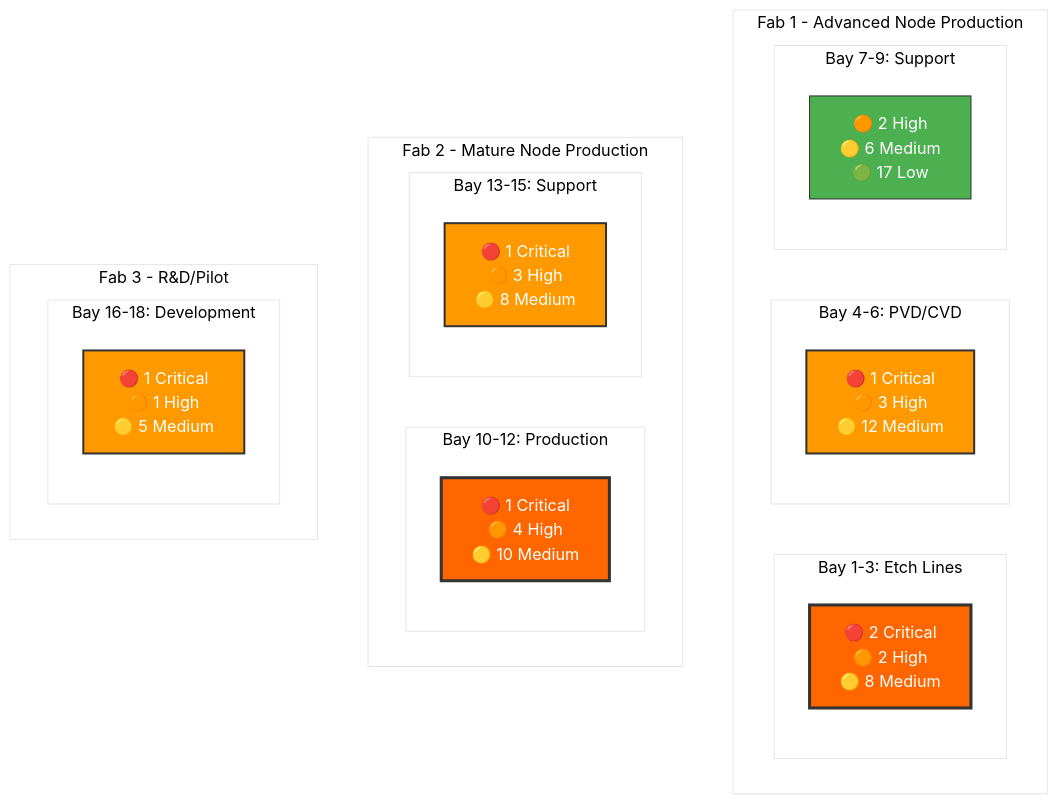
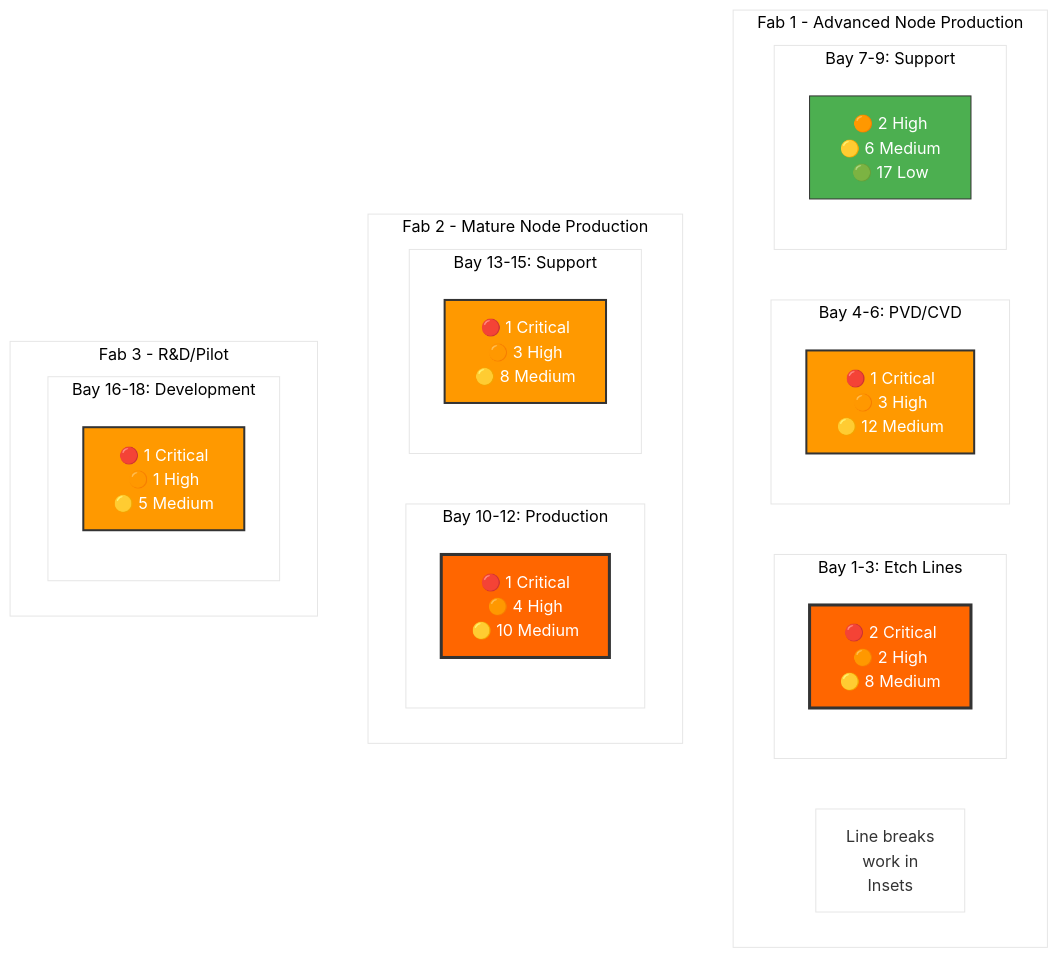
One commit to StephanieHepp/Risk-Assessment changed the third of 10 diagrams in scaled_vacuum_report_200.md. Above: the diagram before and after it, drawn with Mermaid.

````diff
--- a/scaled_vacuum_report_200.md
+++ b/scaled_vacuum_report_200.md
@@ -40,42 +40,42 @@
 ```mermaid
 %%{init: {'theme':'base', 'themeVariables': {'primaryColor':'#fff', 'secondaryColor':'#000'}}}%%
 graph TB
     subgraph "Fab 1 - Advanced Node Production"
-
+        inset[Line breaks <br />work in <br />Insets]
         subgraph "Bay 1-3: Etch Lines" 
             F1B1["🔴 2 Critical<br/>🟠 2 High<br/>🟡 8 Medium"]
         end
         subgraph "Bay 4-6: PVD/CVD"
             F1B2["🔴 1 Critical<br/>🟠 3 High<br/>🟡 12 Medium"]
         end
         subgraph "Bay 7-9: Support" 
             F1B3["🟠 2 High<br/>🟡 6 Medium<br/>🟢 17 Low"]
         end
     end
     
     subgraph "Fab 2 - Mature Node Production"
 
         subgraph "Bay 10-12: Production"
             F2B1["🔴 1 Critical<br/>🟠 4 High<br/>🟡 10 Medium"]
         end
         subgraph "Bay 13-15: Support"
             F2B2["🔴 1 Critical<br/>🟠 3 High<br/>🟡 8 Medium"]
         end
     end
     
     subgraph "Fab 3 - R&D/Pilot"
 
         subgraph "Bay 16-18: Development"
             F3B1["🔴 1 Critical<br/>🟠 1 High<br/>🟡 5 Medium"]
         end
     end
     
     classDef critical fill:#ff6600,stroke:#333,stroke-width:3px,color:#fff
     classDef high fill:#ff9900,stroke:#333,stroke-width:2px,color:#fff
     classDef medium fill:#ffcc00,stroke:#333,stroke-width:2px,color:#000
     classDef lowrisk fill:#4CAF50,stroke:#333,stroke-width:1px,color:#fff
     
     class F1B1,F2B1 critical
     class F1B2,F2B2,F3B1 high
     class F1B3 lowrisk
 ```
````
